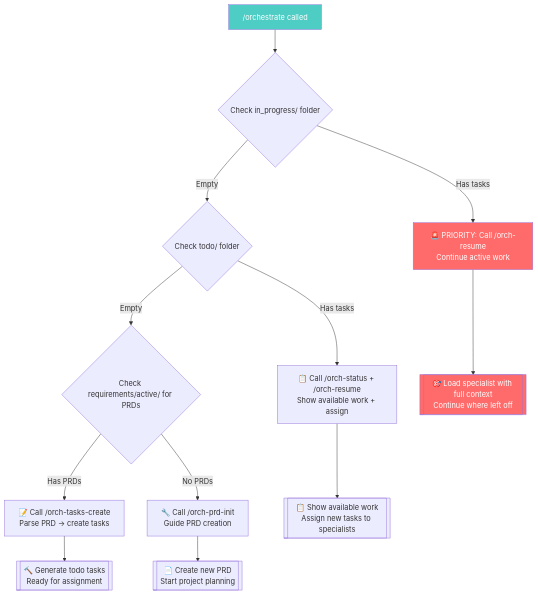
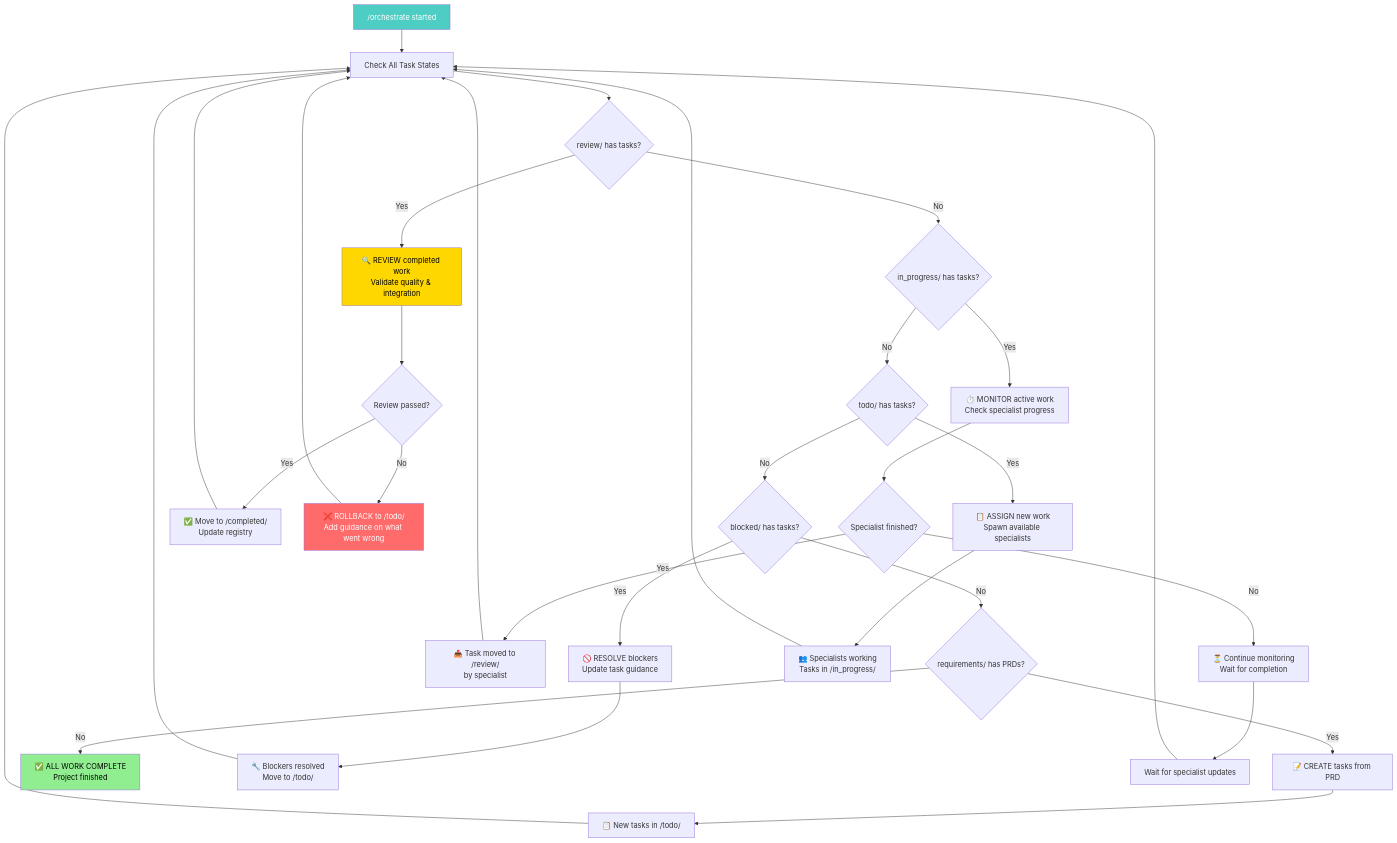
One commit to George-RD/cc-orchestrator changed the first of 2 diagrams in .claude/commands/orchestrate.md. Above: the diagram before and after it, drawn with Mermaid. The commit also changed other lines of this file and 2 other files, not shown here.

Commit message:
feat: Add specialist spawning command with detailed context initialization and anti-circular design

````diff
--- a/.claude/commands/orchestrate.md
+++ b/.claude/commands/orchestrate.md
@@ -8,19 +8,41 @@
 ```mermaid
 flowchart TD
-    A["/orchestrate called"] --> B{Check in_progress/ folder}
-    B -->|Has tasks| C["🚨 PRIORITY: Call /orch-resume<br/>Continue active work"]
-    B -->|Empty| D{Check todo/ folder}
-    D -->|Has tasks| E["📋 Call /orch-status + /orch-resume<br/>Show available work + assign"]
-    D -->|Empty| F{Check requirements/active/ for PRDs}
-    F -->|Has PRDs| G["📝 Call /orch-tasks-create<br/>Parse PRD → create tasks"]
-    F -->|No PRDs| H["🔧 Call /orch-prd-init<br/>Guide PRD creation"]
+    A["/orchestrate started"] --> B[Check All Task States]
+    B --> C{review/ has tasks?}
+    C -->|Yes| D["🔍 REVIEW completed work<br/>Validate quality & integration"]
+    C -->|No| E{in_progress/ has tasks?}
+    E -->|Yes| F["⏱️ MONITOR active work<br/>Check specialist progress"]
+    E -->|No| G{todo/ has tasks?}
+    G -->|Yes| H["📋 ASSIGN new work<br/>Spawn available specialists"]
+    G -->|No| I{blocked/ has tasks?}
+    I -->|Yes| J["🚫 RESOLVE blockers<br/>Update task guidance"]
+    I -->|No| K{requirements/ has PRDs?}
+    K -->|Yes| L["📝 CREATE tasks from PRD"]
+    K -->|No| M["✅ ALL WORK COMPLETE<br/>Project finished"]
     
-    C --> I[["🎯 Load specialist with full context<br/>Continue where left off"]]
-    E --> J[["📋 Show available work<br/>Assign new tasks to specialists"]]
-    G --> K[["🔨 Generate todo tasks<br/>Ready for assignment"]]
-    H --> L[["📄 Create new PRD<br/>Start project planning"]]
+    D --> N{Review passed?}
+    N -->|Yes| O["✅ Move to /completed/<br/>Update registry"]
+    N -->|No| P["❌ ROLLBACK to /todo/<br/>Add guidance on what went wrong"]
     
-    style C fill:#ff6b6b,color:#fff
+    F --> Q{Specialist finished?}
+    Q -->|Yes| R["📤 Task moved to /review/<br/>by specialist"]
+    Q -->|No| S["⏳ Continue monitoring<br/>Wait for completion"]
+    
+    H --> T["👥 Specialists working<br/>Tasks in /in_progress/"]
+    J --> U["🔧 Blockers resolved<br/>Move to /todo/"]
+    L --> V["📋 New tasks in /todo/"]
+    
+    O --> B
+    P --> B  
+    R --> B
+    S --> W[Wait for specialist updates]
+    W --> B
+    T --> B
+    U --> B
+    V --> B
+    
     style A fill:#4ecdc4,color:#fff
-    style I fill:#ff6b6b,color:#fff
+    style D fill:#ffd700,color:#000
+    style M fill:#90EE90,color:#000
+    style P fill:#ff6b6b,color:#fff
 ```
````
